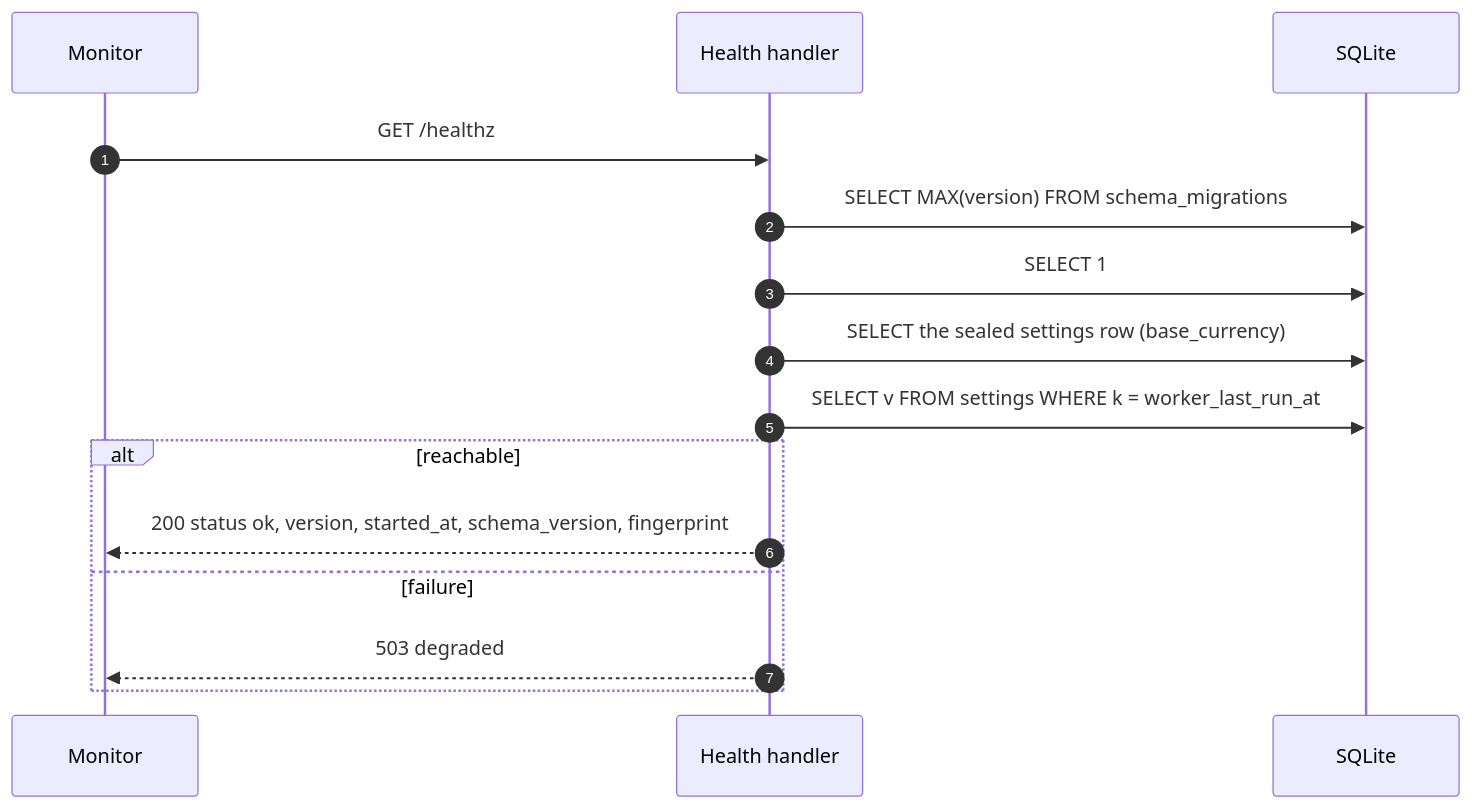
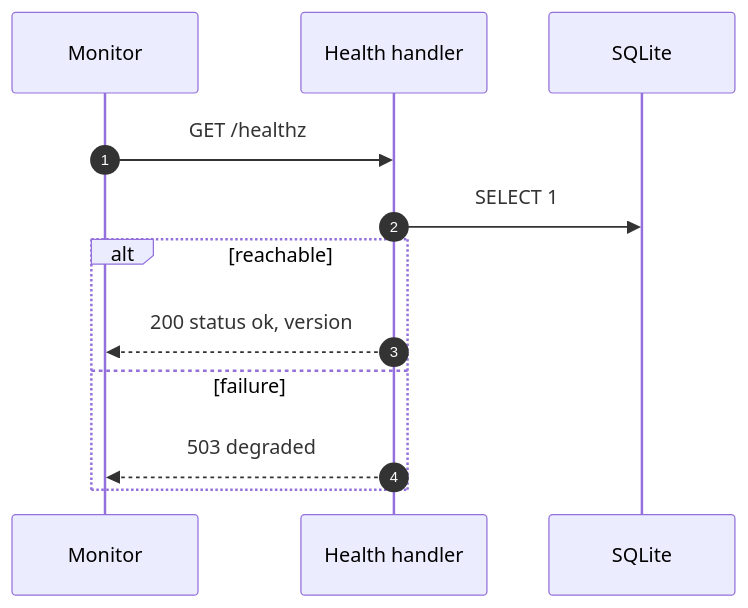
Before and after one commit to dimasbaguspm/spenicle: the diagram in docs/endpoints/GET_healthz.md, drawn with Mermaid. The commit also changed other lines of this file and 23 other files, not shown here.

````diff
--- a/docs/endpoints/GET_healthz.md
+++ b/docs/endpoints/GET_healthz.md
@@ -58,17 +53,14 @@
 ```mermaid
 sequenceDiagram
     autonumber
     participant M as Monitor
     participant H as Health handler
     participant DB as SQLite
     M->>H: GET /healthz
-    H->>DB: SELECT MAX(version) FROM schema_migrations
     H->>DB: SELECT 1
-    H->>DB: SELECT the sealed settings row (base_currency)
-    H->>DB: SELECT v FROM settings WHERE k = worker_last_run_at
     alt reachable
-        H-->>M: 200 status ok, version, started_at, schema_version, fingerprint
+        H-->>M: 200 status ok, version
     else failure
         H-->>M: 503 degraded
     end
 ```
````
